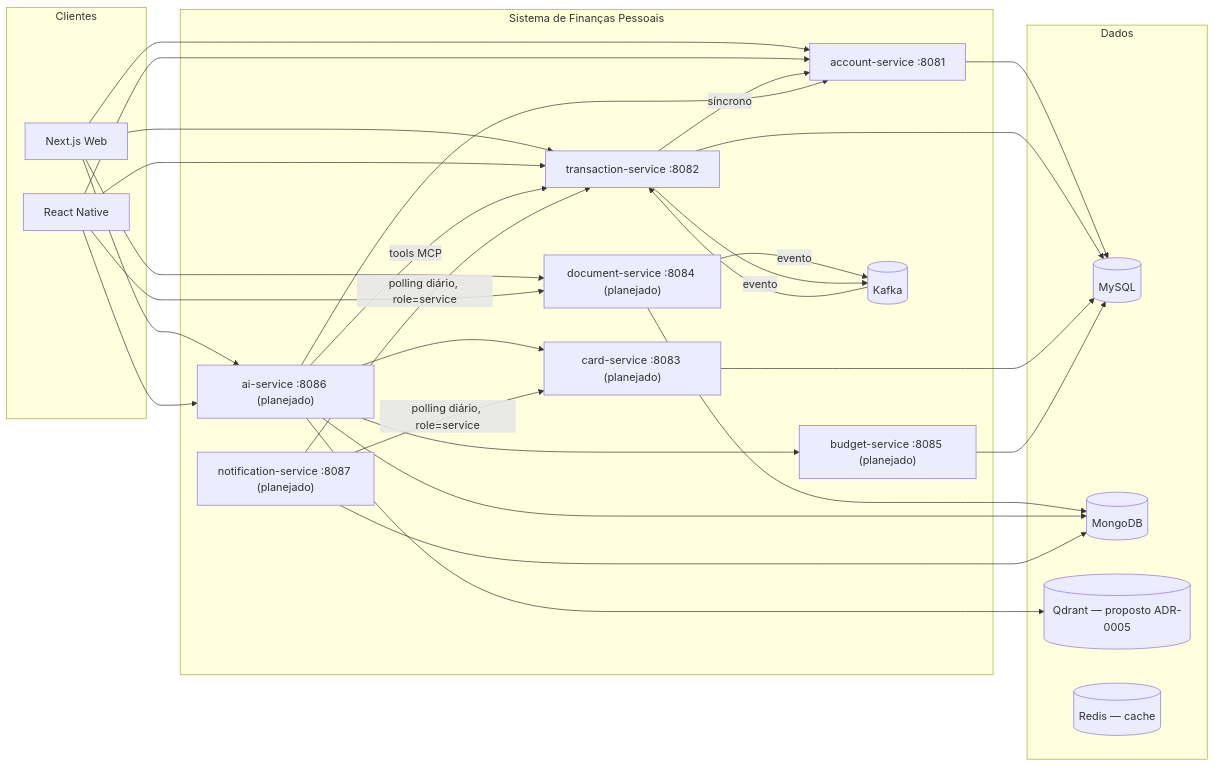
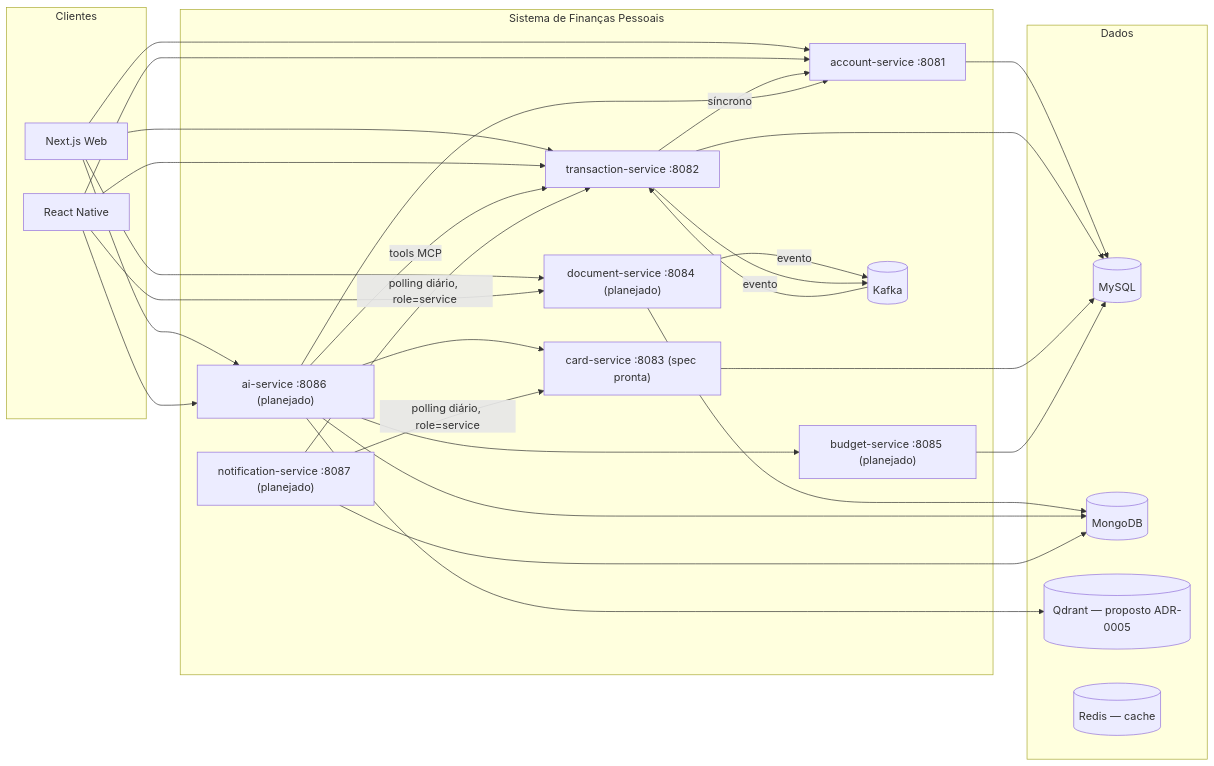
One commit to wep1980/wepdev-financas changed the second of 9 diagrams in docs/architecture/diagrams.md. Above: the diagram before and after it, drawn with Mermaid. The commit also changed other lines of this file and 6 other files, not shown here.

First line of the commit message:
docs: inicia fatia 2 — spec e ADR do card-service

````diff
--- a/docs/architecture/diagrams.md
+++ b/docs/architecture/diagrams.md
@@ -36,54 +36,54 @@
 ```mermaid
 graph LR
     subgraph Clientes
         Web[Next.js Web]
         Mobile[React Native]
     end
 
     subgraph "Sistema de Finanças Pessoais"
         AccountSvc["account-service :8081"]
         TxSvc["transaction-service :8082"]
-        CardSvc["card-service :8083 (planejado)"]
+        CardSvc["card-service :8083 (spec pronta)"]
         DocSvc["document-service :8084 (planejado)"]
         BudgetSvc["budget-service :8085 (planejado)"]
         AiSvc["ai-service :8086 (planejado)"]
         NotifSvc["notification-service :8087 (planejado)"]
         Kafka[("Kafka")]
     end
 
     subgraph Dados
         MySQL[("MySQL")]
         Mongo[("MongoDB")]
         Qdrant[("Qdrant — proposto ADR-0005")]
         Redis[("Redis — cache")]
     end
 
     Web --> AccountSvc
     Web --> TxSvc
     Web --> AiSvc
     Web --> DocSvc
     Mobile --> AccountSvc
     Mobile --> TxSvc
     Mobile --> AiSvc
     Mobile --> DocSvc
 
     TxSvc -->|síncrono| AccountSvc
     DocSvc -->|evento| Kafka
     Kafka --> TxSvc
     TxSvc -->|evento| Kafka
     AiSvc -->|tools MCP| TxSvc
     AiSvc --> BudgetSvc
     AiSvc --> AccountSvc
     AiSvc --> CardSvc
     NotifSvc -->|polling diário, role=service| TxSvc
     NotifSvc -->|polling diário, role=service| CardSvc
 
     AccountSvc --> MySQL
     TxSvc --> MySQL
     CardSvc --> MySQL
     BudgetSvc --> MySQL
     DocSvc --> Mongo
     AiSvc --> Qdrant
     AiSvc --> Mongo
     NotifSvc --> Mongo
 ```
````
